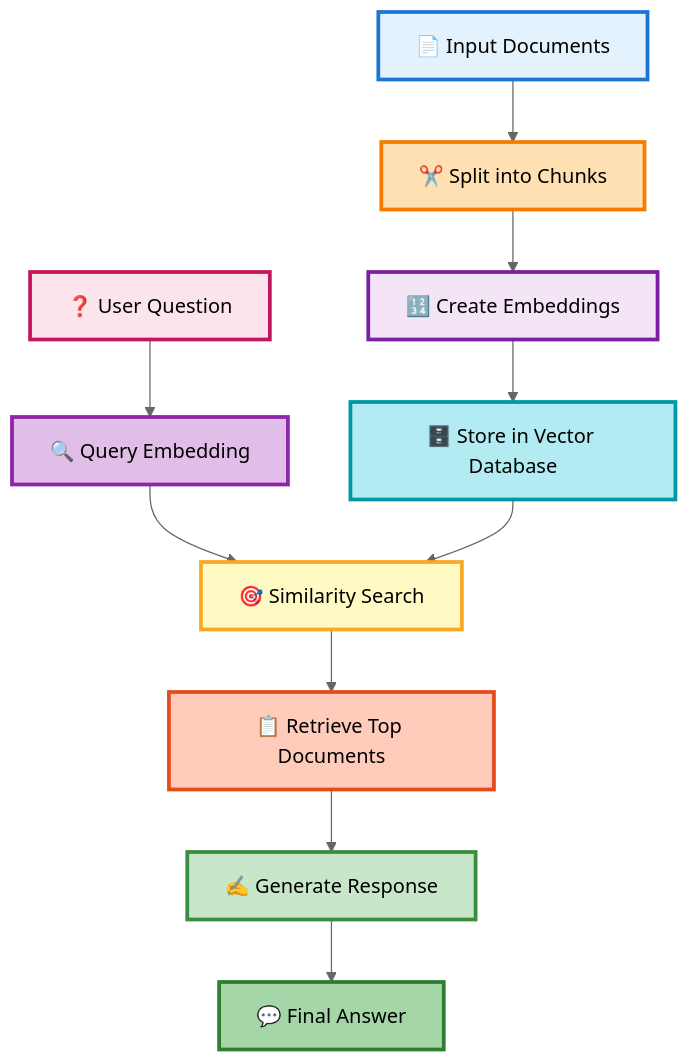
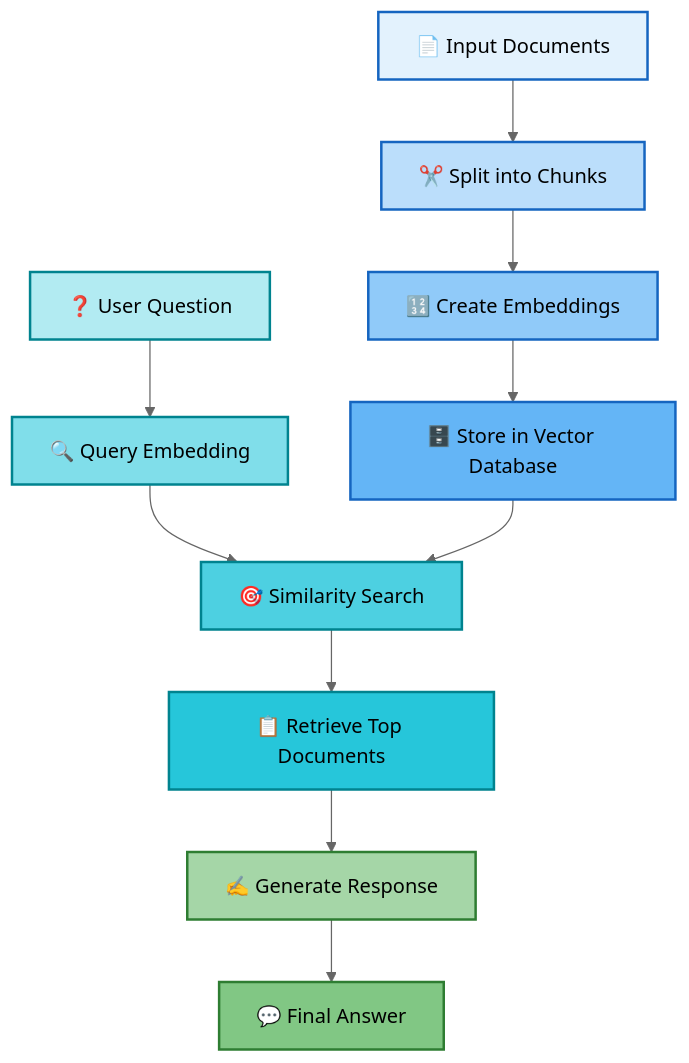
Before and after one commit to Makilesh/RAG_Explained: the diagram in RAG_knowledge.md, drawn with Mermaid (neutral theme).

Commit message:
color again

````diff
--- a/RAG_knowledge.md
+++ b/RAG_knowledge.md
@@ -13,26 +13,26 @@
 ```mermaid
 graph TD
     A[📄 Input Documents] --> B[✂️ Split into Chunks]
     B --> C[🔢 Create Embeddings]
     C --> D[🗄️ Store in Vector Database]
     
     E[❓ User Question] --> F[🔍 Query Embedding]
     F --> G[🎯 Similarity Search]
     G --> H[📋 Retrieve Top Documents]
     
     H --> I[✍️ Generate Response]
     D --> G
     
     I --> J[💬 Final Answer]
     
-    style A fill:#e3f2fd,stroke:#1976d2,stroke-width:3px
-    style B fill:#ffe0b2,stroke:#f57c00,stroke-width:3px
-    style C fill:#f3e5f5,stroke:#7b1fa2,stroke-width:3px
-    style D fill:#b2ebf2,stroke:#0097a7,stroke-width:3px
-    style E fill:#fce4ec,stroke:#c2185b,stroke-width:3px
-    style F fill:#e1bee7,stroke:#8e24aa,stroke-width:3px
-    style G fill:#fff9c4,stroke:#f9a825,stroke-width:3px
-    style H fill:#ffccbc,stroke:#e64a19,stroke-width:3px
-    style I fill:#c8e6c9,stroke:#388e3c,stroke-width:3px
-    style J fill:#a5d6a7,stroke:#2e7d32,stroke-width:3px,color:#000
+    style A fill:#e3f2fd,stroke:#1565c0,stroke-width:2px,color:#000
+    style B fill:#bbdefb,stroke:#1565c0,stroke-width:2px,color:#000
+    style C fill:#90caf9,stroke:#1565c0,stroke-width:2px,color:#000
+    style D fill:#64b5f6,stroke:#1565c0,stroke-width:2px,color:#000
+    style E fill:#b2ebf2,stroke:#00838f,stroke-width:2px,color:#000
+    style F fill:#80deea,stroke:#00838f,stroke-width:2px,color:#000
+    style G fill:#4dd0e1,stroke:#00838f,stroke-width:2px,color:#000
+    style H fill:#26c6da,stroke:#00838f,stroke-width:2px,color:#000
+    style I fill:#a5d6a7,stroke:#2e7d32,stroke-width:2px,color:#000
+    style J fill:#81c784,stroke:#2e7d32,stroke-width:2px,color:#000
 ```
````
